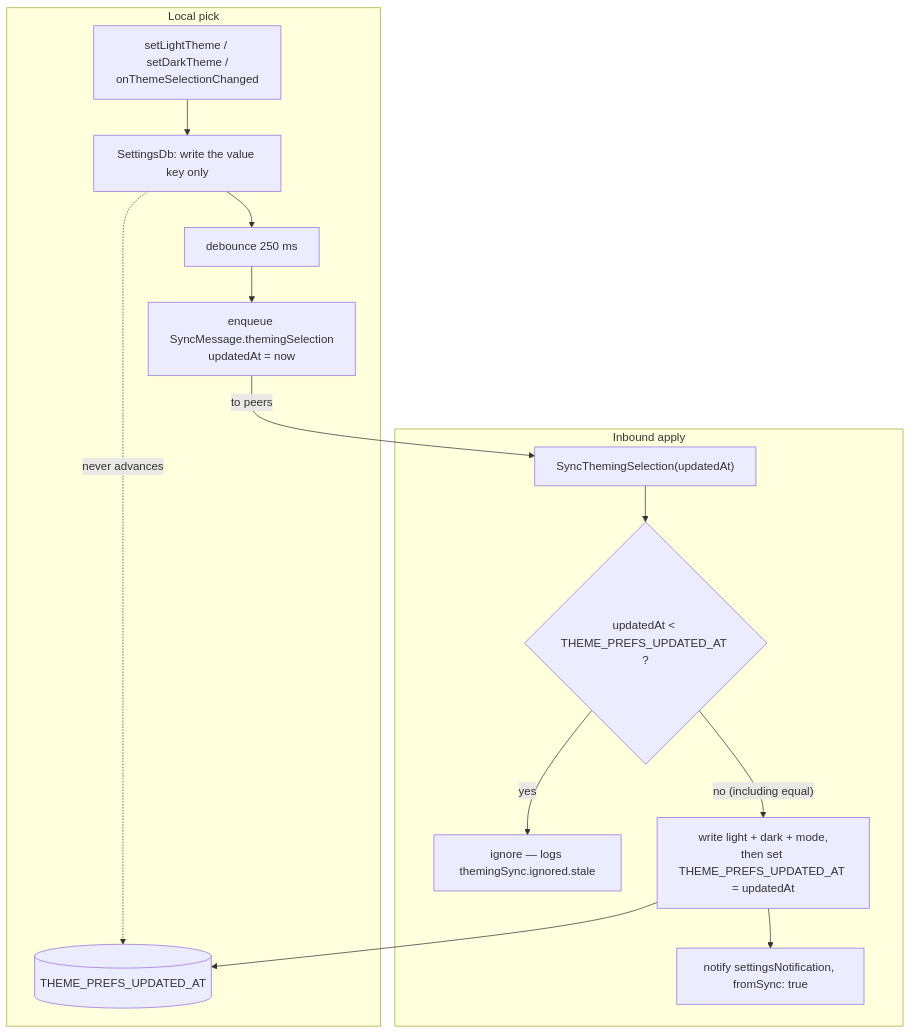
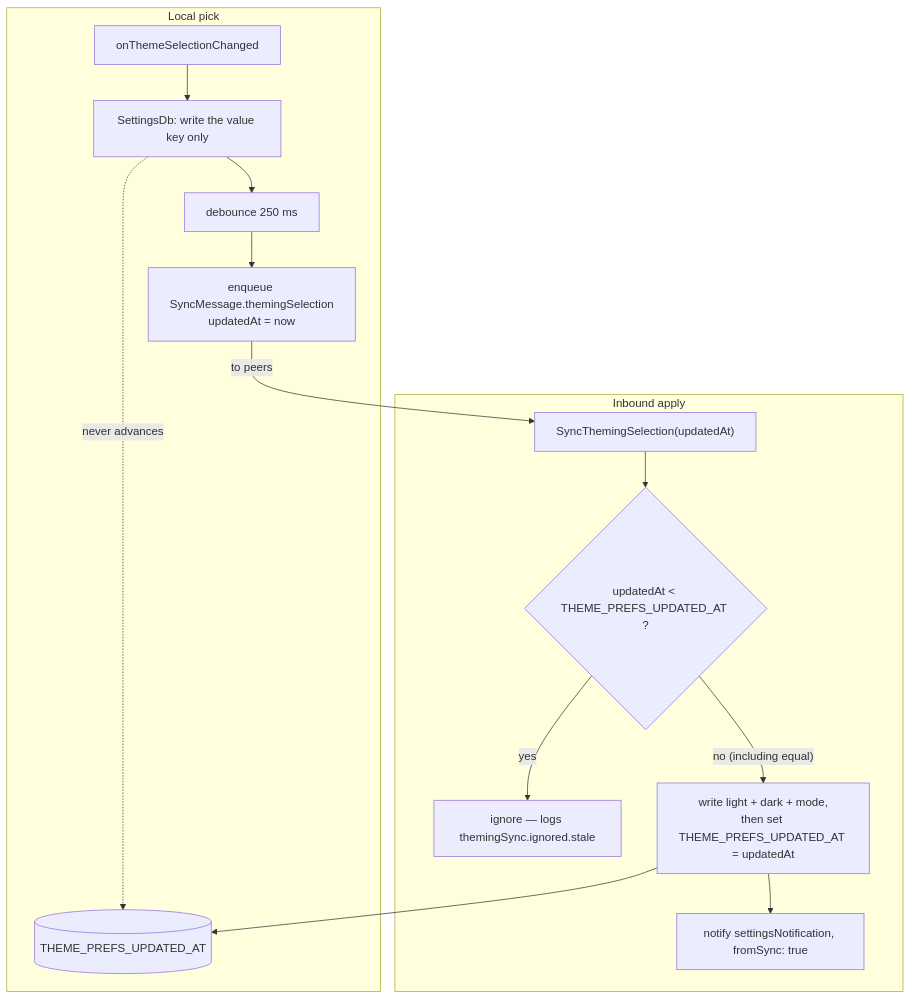
One commit to matthiasn/lotti changed the diagram in knowledge/features/theming.md. Above: the diagram before and after it, drawn with Mermaid. The commit also changed other lines of this file and 45 other files, not shown here.

````diff
--- a/knowledge/features/theming.md
+++ b/knowledge/features/theming.md
@@ -35,20 +38,20 @@
 ```mermaid
 flowchart TD
   subgraph Local["Local pick"]
-    Pick["setLightTheme / setDarkTheme /<br/>onThemeSelectionChanged"]
+    Pick["onThemeSelectionChanged"]
     Pick --> SaveVal["SettingsDb: write the value key only"]
     SaveVal --> Deb["debounce 250 ms"]
     Deb --> Enq["enqueue SyncMessage.themingSelection<br/>updatedAt = now"]
     SaveVal -.->|"never advances"| TS[("THEME_PREFS_UPDATED_AT")]
   end
 
   subgraph Inbound["Inbound apply"]
     Msg["SyncThemingSelection(updatedAt)"] --> Cmp{"updatedAt < THEME_PREFS_UPDATED_AT ?"}
     Cmp -->|yes| Drop["ignore — logs themingSync.ignored.stale"]
     Cmp -->|"no (including equal)"| Apply["write light + dark + mode,<br/>then set THEME_PREFS_UPDATED_AT = updatedAt"]
     Apply --> Notify["notify settingsNotification, fromSync: true"]
   end
 
   Enq -->|"to peers"| Msg
   Apply --> TS
 ```
````
